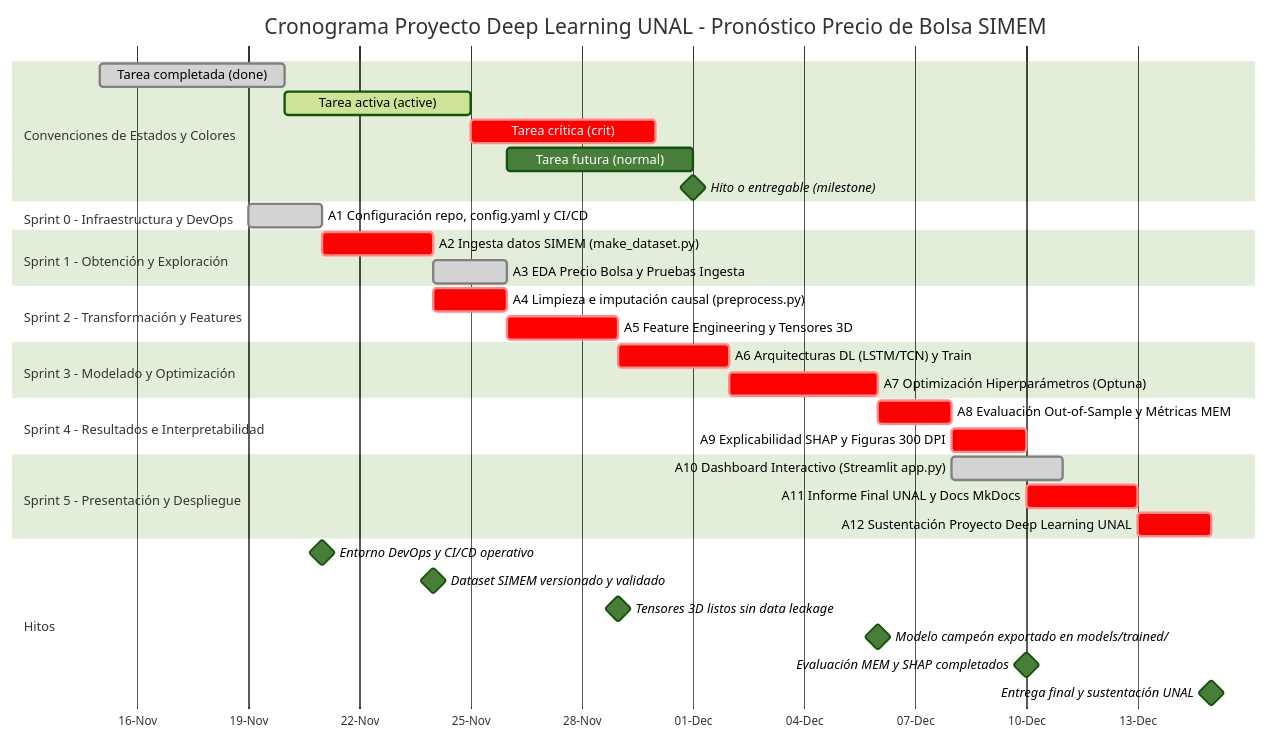
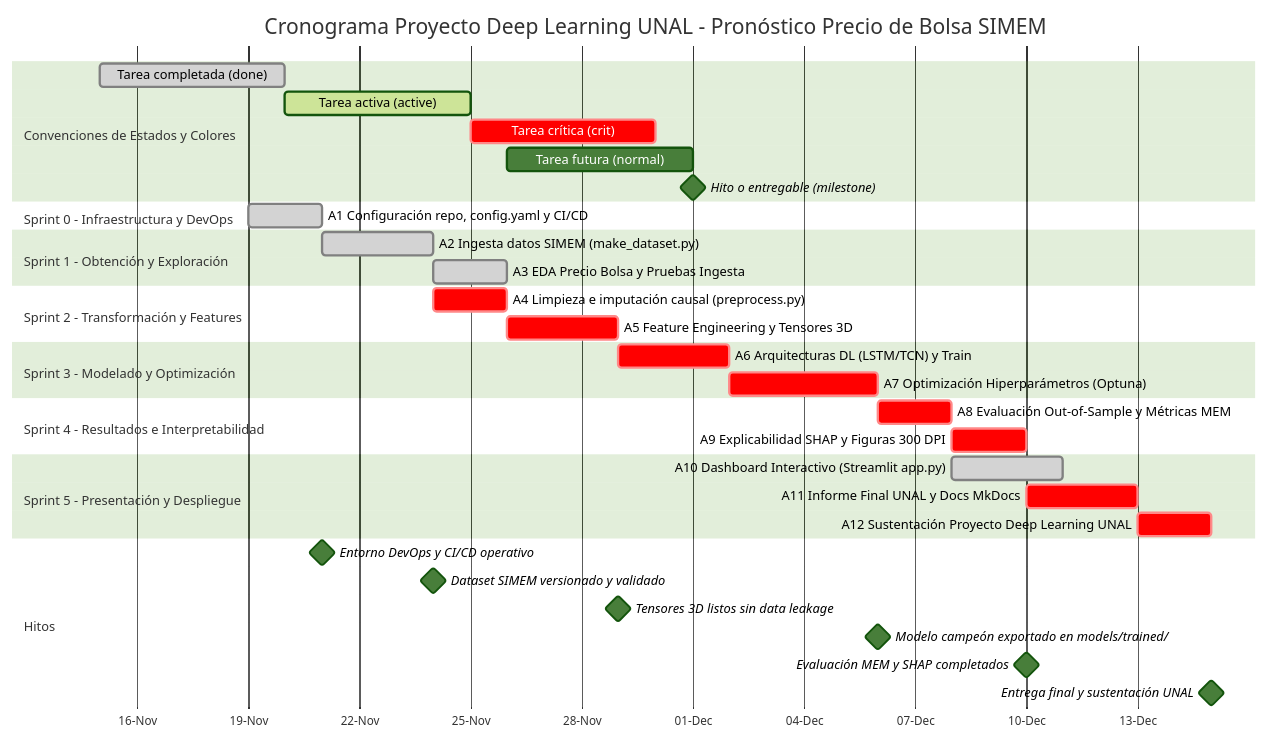
The second of 2 diagrams in docs/proyecto.md (KevinHidalgoDS/deep-learning-ws), drawn with Mermaid before and after one commit. The commit also changed 1 other file, not shown here.

Commit message:
Update project documentation: mark SIMEM data ingestion task as done and add utils directory in README

````diff
--- a/docs/proyecto.md
+++ b/docs/proyecto.md
@@ -158,52 +158,52 @@
 ```mermaid
 %%{init: {'theme':'forest'}}%%
 gantt
     title Cronograma Proyecto Deep Learning UNAL - Pronóstico Precio de Bolsa SIMEM
     dateFormat  YYYY-MM-DD
     axisFormat  %d-%b
     tickInterval 3day
     %%excludes weekends
 
     %% Se asume una fecha de inicio base de 24 días calendario para coherencia con la red PERT/CPM
     section Convenciones de Estados y Colores
     Tarea completada (done)              :done, conv1, 2026-11-15, 5d
     Tarea activa (active)                :active, conv2, 2026-11-20, 5d
     Tarea crítica (crit)                 :crit, conv3, 2026-11-25, 5d
     Tarea futura (normal)                :conv4, 2026-11-26, 5d
     Hito o entregable (milestone)        :milestone, conv5, 2026-12-1, 0d
 
     section Sprint 0 - Infraestructura y DevOps
     A1 Configuración repo, config.yaml y CI/CD       :done, a1, 2026-11-19, 2d
 
     section Sprint 1 - Obtención y Exploración
-    A2 Ingesta datos SIMEM (make_dataset.py)         :crit, a2, after a1, 3d
+    A2 Ingesta datos SIMEM (make_dataset.py)         :done, a2, after a1, 3d
     A3 EDA Precio Bolsa y Pruebas Ingesta            :done, a3, after a2, 2d
 
     section Sprint 2 - Transformación y Features
     A4 Limpieza e imputación causal (preprocess.py)  :crit, a4, after a2, 2d
     A5 Feature Engineering y Tensores 3D             :crit, a5, after a3 a4, 3d
 
     section Sprint 3 - Modelado y Optimización
     A6 Arquitecturas DL (LSTM/TCN) y Train           :crit, a6, after a5, 3d
     A7 Optimización Hiperparámetros (Optuna)         :crit, a7, after a6, 4d
 
     section Sprint 4 - Resultados e Interpretabilidad
     A8 Evaluación Out-of-Sample y Métricas MEM       :crit, a8, after a7, 2d
     A9 Explicabilidad SHAP y Figuras 300 DPI         :crit, a9, after a8, 2d
 
     section Sprint 5 - Presentación y Despliegue
     A10 Dashboard Interactivo (Streamlit app.py)     :done, a10, after a8, 3d
     A11 Informe Final UNAL y Docs MkDocs             :crit, a11, after a9, 3d
     A12 Sustentación Proyecto Deep Learning UNAL     :crit, a12, after a10 a11, 2d
 
     %% ---------------------------
     %% HITOS
     %% ---------------------------
     section Hitos
     Entorno DevOps y CI/CD operativo                 :milestone, h1, 2026-11-21, 0d
     Dataset SIMEM versionado y validado              :milestone, h2, 2026-11-24, 0d
     Tensores 3D listos sin data leakage              :milestone, h3, 2026-11-29, 0d
     Modelo campeón exportado en models/trained/      :milestone, h4, 2026-12-06, 0d
     Evaluación MEM y SHAP completados                :milestone, h5, 2026-12-10, 0d
     Entrega final y sustentación UNAL                :milestone, h6, 2026-12-15, 0d
 ```
````
